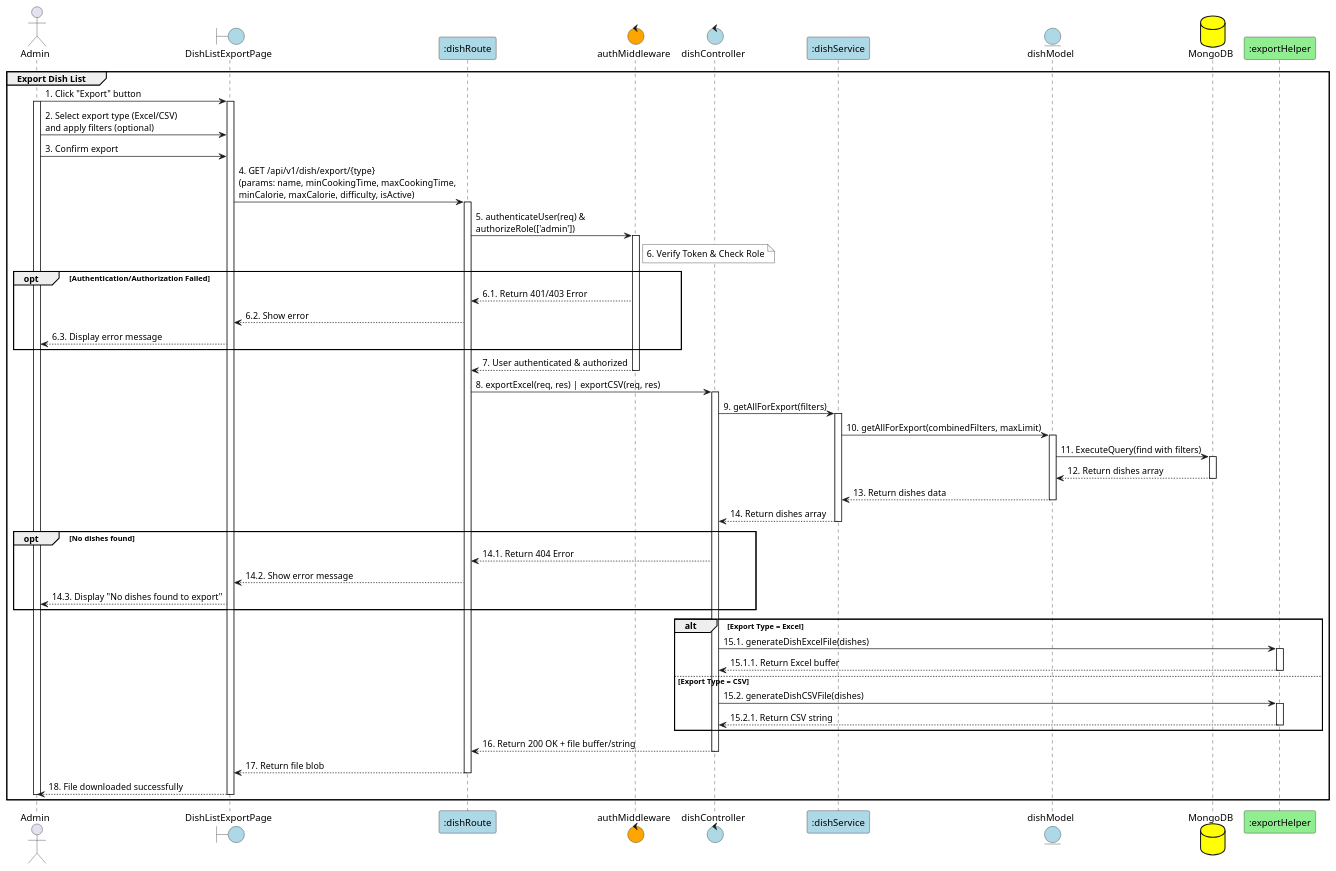
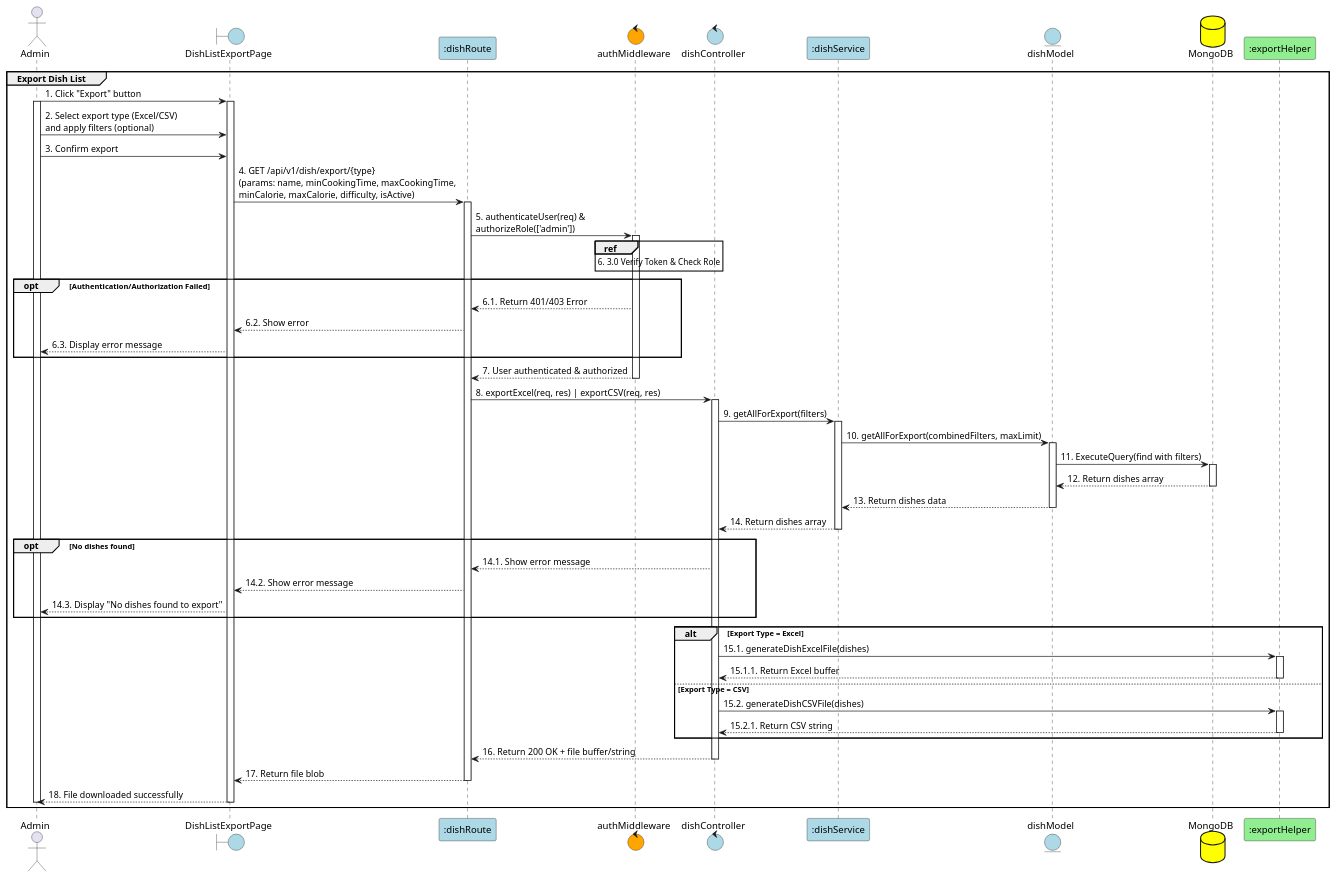
Before and after one commit to Aohkne/CaloCook: the diagram in PlanUML/new/UC-43_exportDishList.puml, drawn with PlantUML. The commit also changed 2 other files, not shown here.

```diff
--- a/PlanUML/new/UC-43_exportDishList.puml
+++ b/PlanUML/new/UC-43_exportDishList.puml
@@ -1,95 +1,93 @@
 @startuml Export Dish List
 
 actor Admin as "Admin"
 boundary "DishListExportPage" as View #lightblue
 participant ":dishRoute" as Route #lightblue
 control "authMiddleware" as Auth #orange
 control "dishController" as Controller #lightblue
 participant ":dishService" as Service #lightblue
 entity "dishModel" as Model #lightblue
 database "MongoDB" as MongoDB #yellow
 participant ":exportHelper" as Helper #lightgreen
 
 Group Export Dish List
 Admin -> View: 1. Click "Export" button
 activate Admin
 activate View
 
 Admin -> View: 2. Select export type (Excel/CSV)\nand apply filters (optional)
 Admin -> View: 3. Confirm export
 
 View -> Route: 4. GET /api/v1/dish/export/{type}\n(params: name, minCookingTime, maxCookingTime,\nminCalorie, maxCalorie, difficulty, isActive)
 activate Route
 
 Route -> Auth: 5. authenticateUser(req) &\nauthorizeRole(['admin'])
 activate Auth
 
-note right of Auth #white
-  6. Verify Token & Check Role
-end note
+ref over Auth : 6. 3.0 Verify Token & Check Role
 
 opt Authentication/Authorization Failed
     Auth --> Route: 6.1. Return 401/403 Error
     Route --> View: 6.2. Show error
     View --> Admin: 6.3. Display error message
 end
 
 Auth --> Route: 7. User authenticated & authorized
 deactivate Auth
 
 Route -> Controller: 8. exportExcel(req, res) | exportCSV(req, res)
 activate Controller
 
 Controller -> Service: 9. getAllForExport(filters)
 activate Service
 
 Service -> Model: 10. getAllForExport(combinedFilters, maxLimit)
 activate Model
 
 Model -> MongoDB: 11. ExecuteQuery(find with filters)
 activate MongoDB
 MongoDB --> Model: 12. Return dishes array
 deactivate MongoDB
 
 Model --> Service: 13. Return dishes data
 deactivate Model
 
 Service --> Controller: 14. Return dishes array
 deactivate Service
 
 opt No dishes found
-    Controller --> Route: 14.1. Return 404 Error
+    Controller --> Route: 14.1. Show error message
     Route --> View: 14.2. Show error message
     View --> Admin: 14.3. Display "No dishes found to export"
 end
 
 alt Export Type = Excel
 
     Controller -> Helper: 15.1. generateDishExcelFile(dishes)
     activate Helper
     
     Helper --> Controller: 15.1.1. Return Excel buffer
     deactivate Helper
     
 else Export Type = CSV
     Controller -> Helper: 15.2. generateDishCSVFile(dishes)
     activate Helper
     
     Helper --> Controller: 15.2.1. Return CSV string
     deactivate Helper
 end
 
 Controller --> Route: 16. Return 200 OK + file buffer/string
 deactivate Controller
 
 Route --> View: 17. Return file blob
 deactivate Route
 
 
 View --> Admin: 18. File downloaded successfully
 deactivate Admin
 deactivate View
 
 end
 
 @enduml
```
